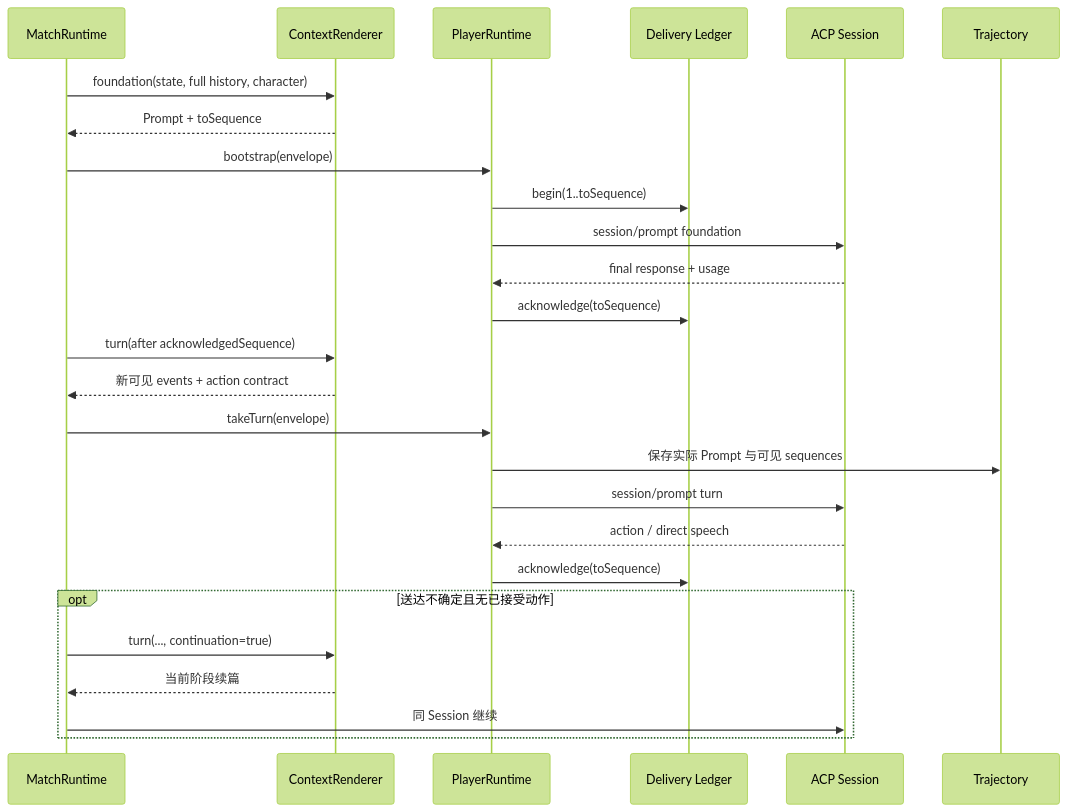
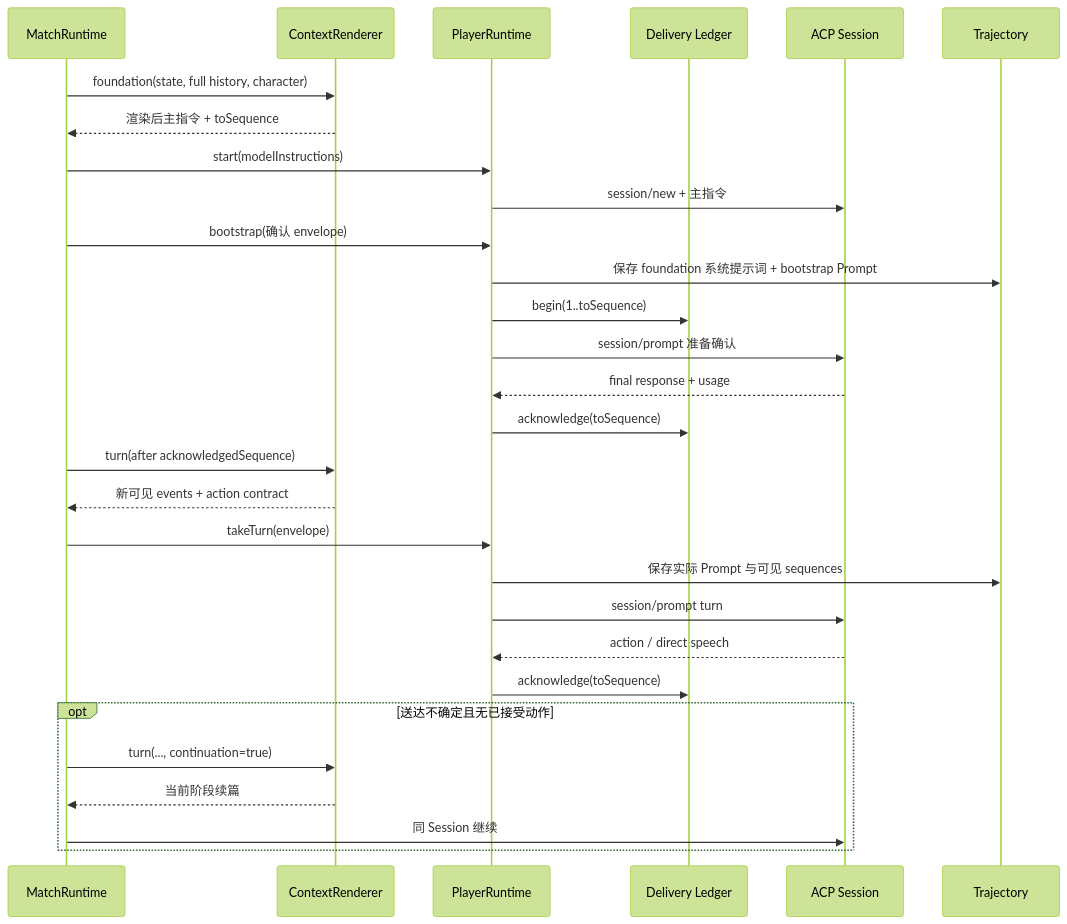
The third of 4 diagrams in docs/architecture/prompt-and-context.md (renewboy/agentwolf), drawn with Mermaid (forest theme) before and after one commit. The commit also changed other lines of this file and 52 other files, not shown here.

First line of the commit message:
feat: separate player foundation from bootstrap

````diff
--- a/docs/architecture/prompt-and-context.md
+++ b/docs/architecture/prompt-and-context.md
@@ -144,31 +149,34 @@
 ```mermaid
 sequenceDiagram
     participant Match as MatchRuntime
     participant Renderer as ContextRenderer
     participant Player as PlayerRuntime
     participant Ledger as Delivery Ledger
     participant ACP as ACP Session
     participant Trace as Trajectory
 
     Match->>Renderer: foundation(state, full history, character)
-    Renderer-->>Match: Prompt + toSequence
-    Match->>Player: bootstrap(envelope)
+    Renderer-->>Match: 渲染后主指令 + toSequence
+    Match->>Player: start(modelInstructions)
+    Player->>ACP: session/new + 主指令
+    Match->>Player: bootstrap(确认 envelope)
+    Player->>Trace: 保存 foundation 系统提示词 + bootstrap Prompt
     Player->>Ledger: begin(1..toSequence)
-    Player->>ACP: session/prompt foundation
+    Player->>ACP: session/prompt 准备确认
     ACP-->>Player: final response + usage
     Player->>Ledger: acknowledge(toSequence)
 
     Match->>Renderer: turn(after acknowledgedSequence)
     Renderer-->>Match: 新可见 events + action contract
     Match->>Player: takeTurn(envelope)
     Player->>Trace: 保存实际 Prompt 与可见 sequences
     Player->>ACP: session/prompt turn
     ACP-->>Player: action / direct speech
     Player->>Ledger: acknowledge(toSequence)
 
     opt 送达不确定且无已接受动作
         Match->>Renderer: turn(..., continuation=true)
         Renderer-->>Match: 当前阶段续篇
         Match->>ACP: 同 Session 继续
     end
 ```
````
